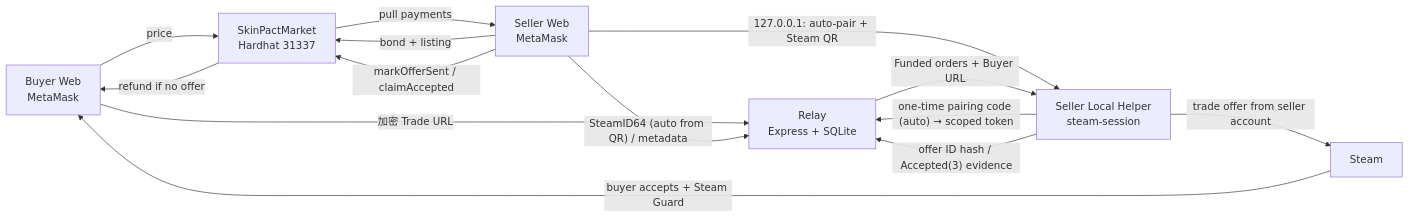
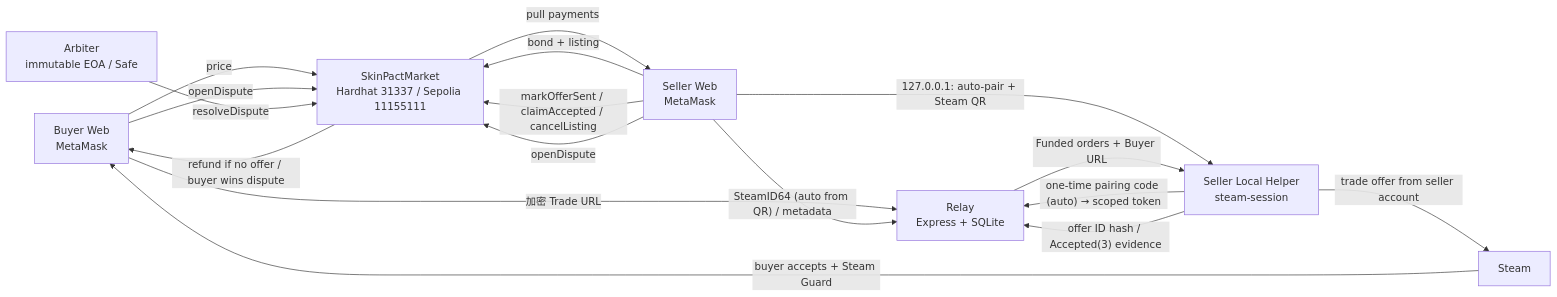
Before and after one commit to identity411/dapps: the diagram in README.md, drawn with Mermaid. The commit also changed other lines of this file and 41 other files, not shown here.

First line of the commit message:
feat(stage2): add refund/dispute flows and Sepolia deployment

````diff
--- a/README.md
+++ b/README.md
@@ -24,16 +25,19 @@
 ```mermaid
 flowchart LR
-    Buyer["Buyer Web<br/>MetaMask"] -->|price| Contract["SkinPactMarket<br/>Hardhat 31337"]
+    Buyer["Buyer Web<br/>MetaMask"] -->|price| Contract["SkinPactMarket<br/>Hardhat 31337 / Sepolia 11155111"]
     Seller["Seller Web<br/>MetaMask"] -->|bond + listing| Contract
     Buyer -->|"加密 Trade URL"| Relay["Relay<br/>Express + SQLite"]
     Seller -->|"SteamID64 (auto from QR) / metadata"| Relay
     Seller -->|"127.0.0.1: auto-pair + Steam QR"| Helper["Seller Local Helper<br/>steam-session"]
     Helper -->|"one-time pairing code (auto) → scoped token"| Relay
     Relay -->|"Funded orders + Buyer URL"| Helper
     Helper -->|"trade offer from seller account"| Steam["Steam"]
     Steam -->|"buyer accepts + Steam Guard"| Buyer
     Helper -->|"offer ID hash / Accepted(3) evidence"| Relay
-    Seller -->|"markOfferSent / claimAccepted"| Contract
+    Seller -->|"markOfferSent / claimAccepted / cancelListing"| Contract
+    Buyer -->|"openDispute"| Contract
+    Seller -->|"openDispute"| Contract
+    Arbiter["Arbiter<br/>immutable EOA / Safe"] -->|"resolveDispute"| Contract
     Contract -->|"pull payments"| Seller
-    Contract -->|"refund if no offer"| Buyer
+    Contract -->|"refund if no offer / buyer wins dispute"| Buyer
 ```
````
